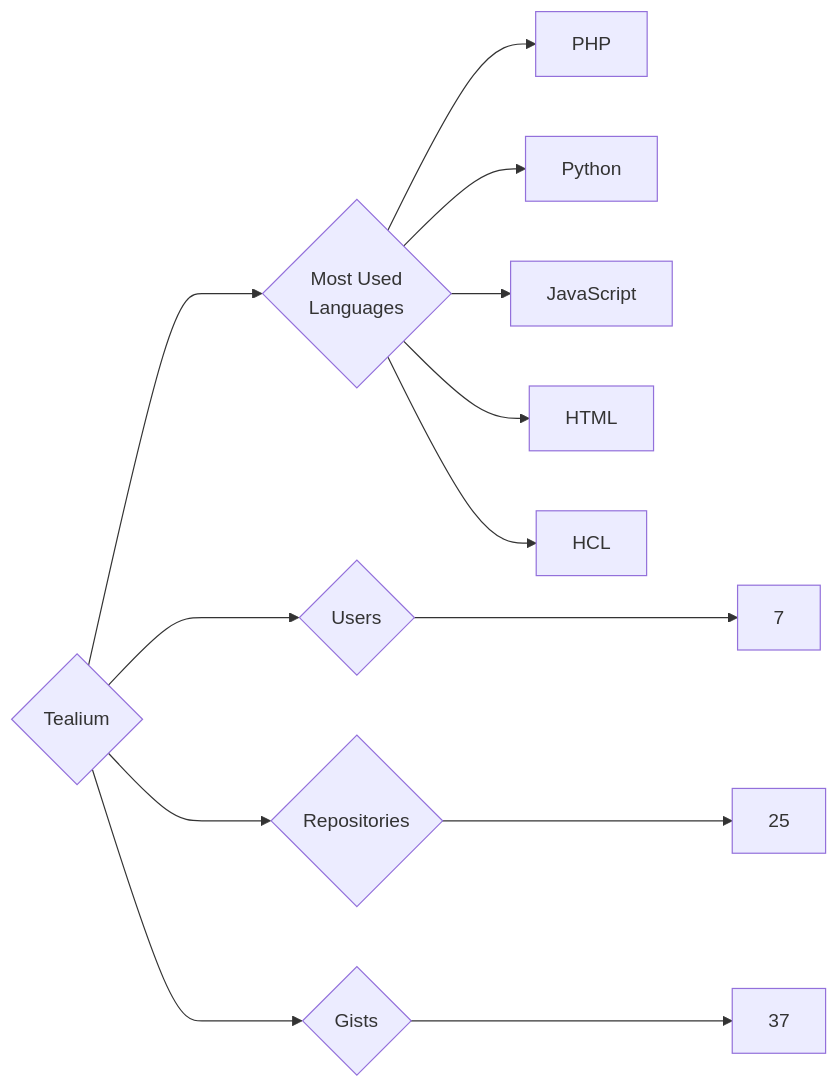
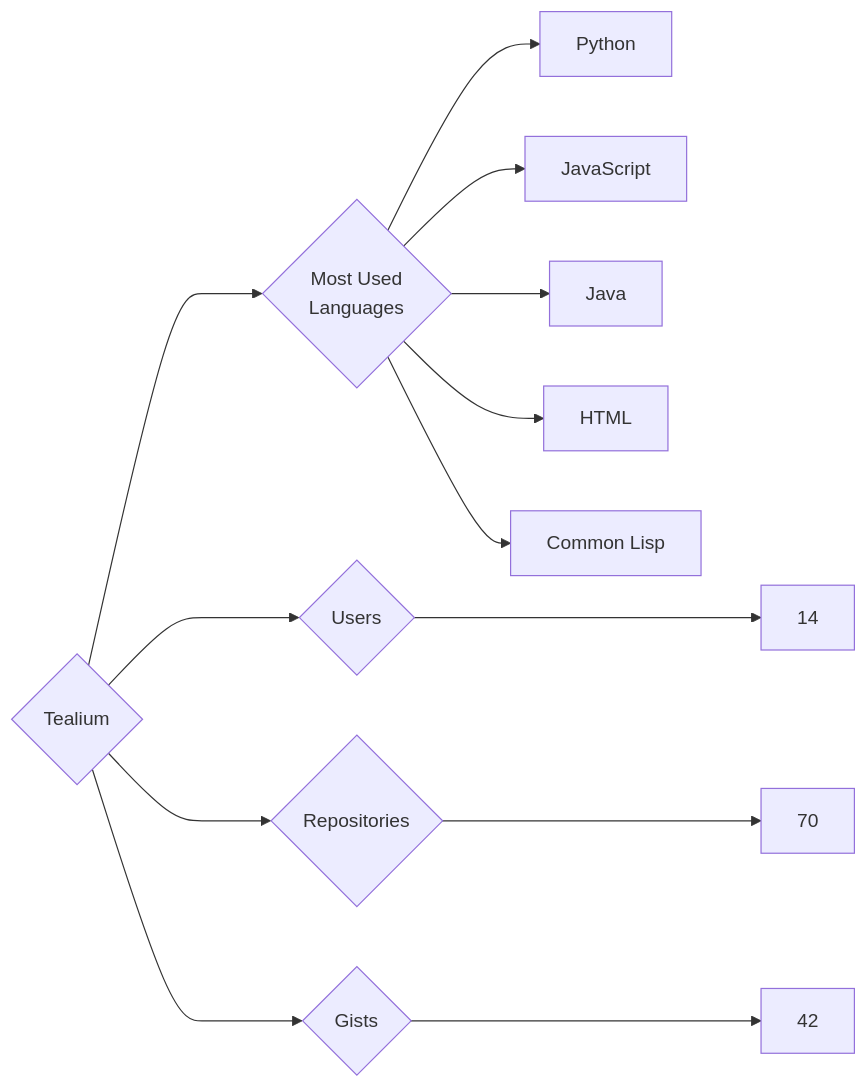
Before and after one commit to trickest/insiders: the diagram in targets/Tealium/README.md, drawn with Mermaid. The commit also changed 886 other files, not shown here.

````diff
--- a/targets/Tealium/README.md
+++ b/targets/Tealium/README.md
@@ -3,13 +3,13 @@
 ```mermaid
 graph LR
 COMPANY_NAME{Tealium}
-COMPANY_NAME ---> U{Users} ---> UN[7]
-COMPANY_NAME ---> R{Repositories} ---> RN[25]
-COMPANY_NAME ---> G{Gists} ---> GN[37]
+COMPANY_NAME ---> U{Users} ---> UN[14]
+COMPANY_NAME ---> R{Repositories} ---> RN[70]
+COMPANY_NAME ---> G{Gists} ---> GN[42]
 COMPANY_NAME ---> ML{Most Used<br>Languages}
-ML --> PHP[PHP]
 ML --> Python[Python]
 ML --> JavaScript[JavaScript]
+ML --> Java[Java]
 ML --> HTML[HTML]
-ML --> HCL[HCL]
+ML --> Common_Lisp[Common Lisp]
 ```
````
